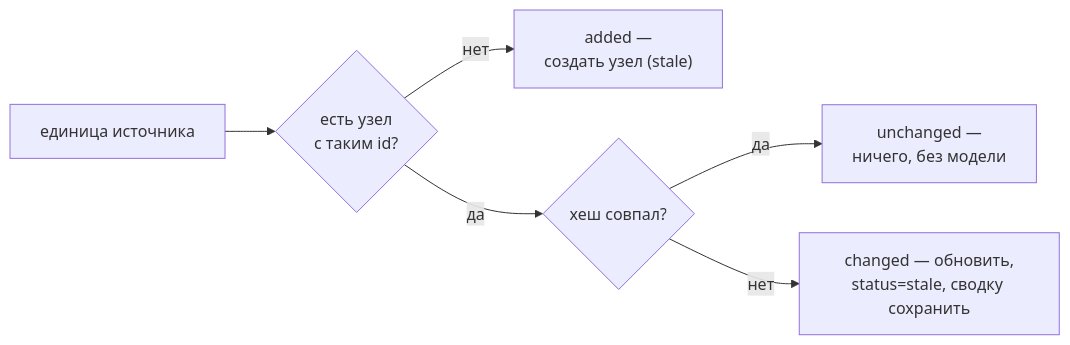
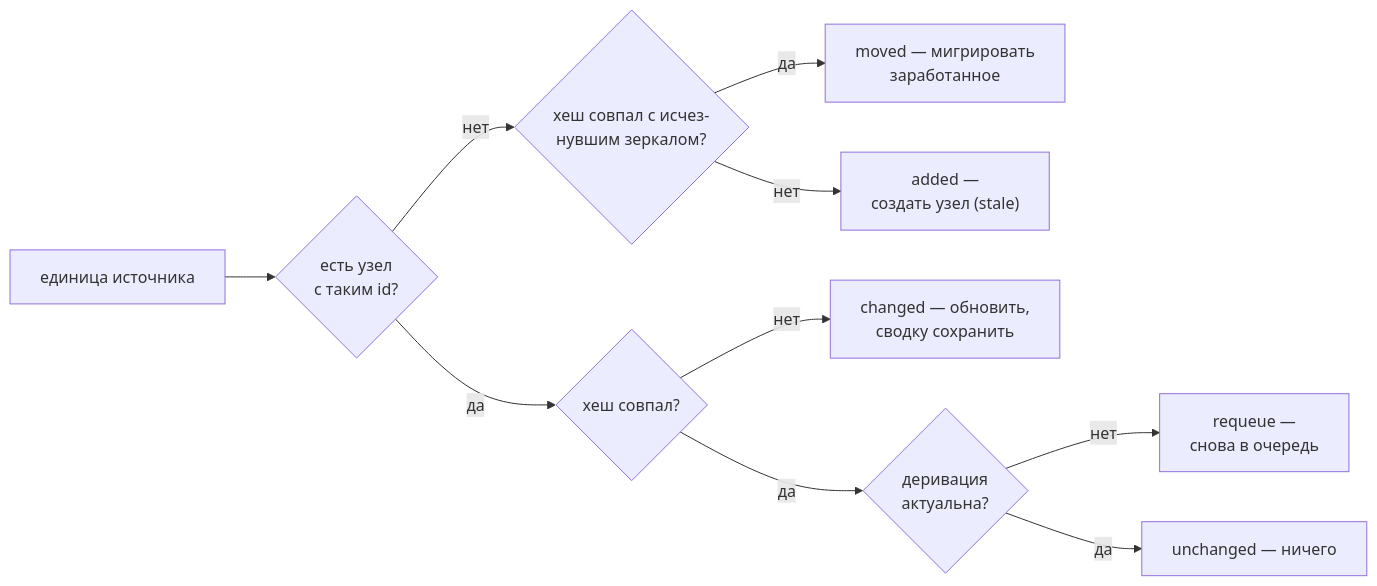
One commit to Kvazar123/llm-amg changed the second of 3 diagrams in docs/ru/architecture/05-reconcile.md. Above: the diagram before and after it, drawn with Mermaid. The commit also changed other lines of this file and 6 other files, not shown here.

First line of the commit message:
docs(architecture): sync stage 0 docs with the implemented reconcile core

````diff
--- a/docs/ru/architecture/05-reconcile.md
+++ b/docs/ru/architecture/05-reconcile.md
@@ -42,8 +47,12 @@
 ```mermaid
 flowchart LR
     U["единица источника"] --> Q1{есть узел<br/>с таким id?}
-    Q1 -->|нет| ADD["added —<br/>создать узел (stale)"]
+    Q1 -->|нет| MV{хеш совпал с исчез-<br/>нувшим зеркалом?}
+    MV -->|да| MOV["moved — мигрировать<br/>заработанное"]
+    MV -->|нет| ADD["added —<br/>создать узел (stale)"]
     Q1 -->|да| Q2{хеш совпал?}
-    Q2 -->|да| UN["unchanged —<br/>ничего, без модели"]
-    Q2 -->|нет| CH["changed — обновить,<br/>status=stale, сводку сохранить"]
+    Q2 -->|нет| CH["changed — обновить,<br/>сводку сохранить"]
+    Q2 -->|да| Q3{деривация<br/>актуальна?}
+    Q3 -->|нет| RQ["requeue —<br/>снова в очередь"]
+    Q3 -->|да| UN["unchanged — ничего"]
 ```
````
